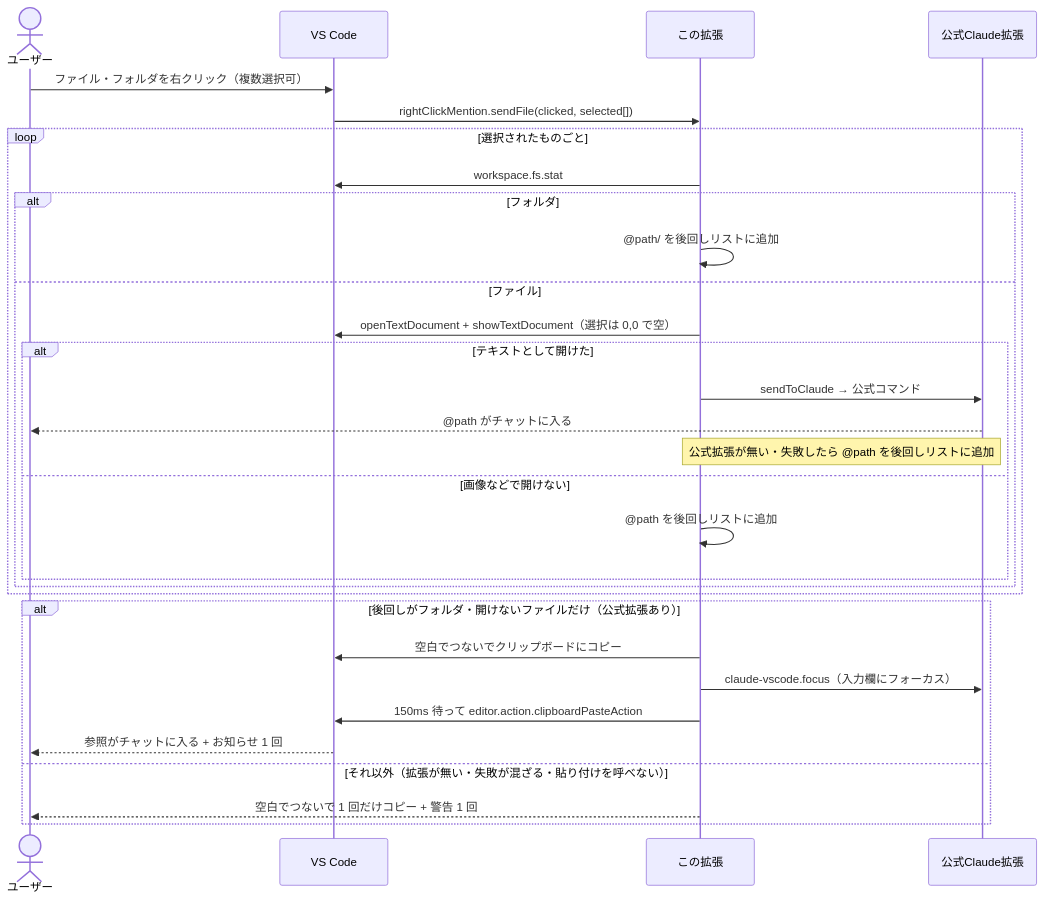
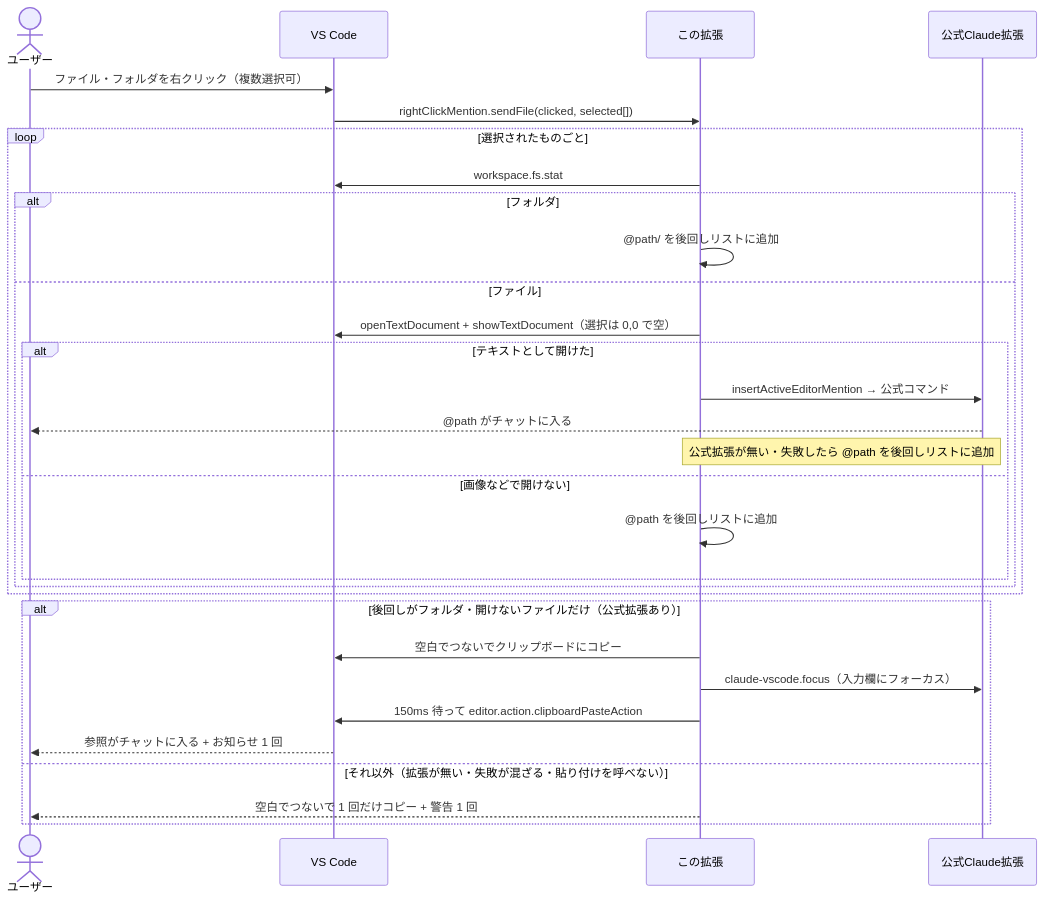
One commit to kip2/refs-to-chat changed the fifth of 7 diagrams in docs/ARCHITECTURE.md. Above: the diagram before and after it, drawn with Mermaid. The commit also changed other lines of this file and 13 other files, not shown here.

````diff
--- a/docs/ARCHITECTURE.md
+++ b/docs/ARCHITECTURE.md
@@ -162,33 +179,33 @@
 ```mermaid
 sequenceDiagram
   actor U as ユーザー
   participant VS as VS Code
   participant E as この拡張
   participant C as 公式Claude拡張
 
   U->>VS: ファイル・フォルダを右クリック（複数選択可）
   VS->>E: rightClickMention.sendFile(clicked, selected[])
   loop 選択されたものごと
     E->>VS: workspace.fs.stat
     alt フォルダ
       E->>E: @path/ を後回しリストに追加
     else ファイル
       E->>VS: openTextDocument + showTextDocument（選択は 0,0 で空）
       alt テキストとして開けた
-        E->>C: sendToClaude → 公式コマンド
+        E->>C: insertActiveEditorMention → 公式コマンド
         C-->>U: @path がチャットに入る
         Note over E,C: 公式拡張が無い・失敗したら @path を後回しリストに追加
       else 画像などで開けない
         E->>E: @path を後回しリストに追加
       end
     end
   end
   alt 後回しがフォルダ・開けないファイルだけ（公式拡張あり）
     E->>VS: 空白でつないでクリップボードにコピー
     E->>C: claude-vscode.focus（入力欄にフォーカス）
     E->>VS: 150ms 待って editor.action.clipboardPasteAction
     VS-->>U: 参照がチャットに入る + お知らせ 1 回
   else それ以外（拡張が無い・失敗が混ざる・貼り付けを呼べない）
     E-->>U: 空白でつないで 1 回だけコピー + 警告 1 回
   end
 ```
````
